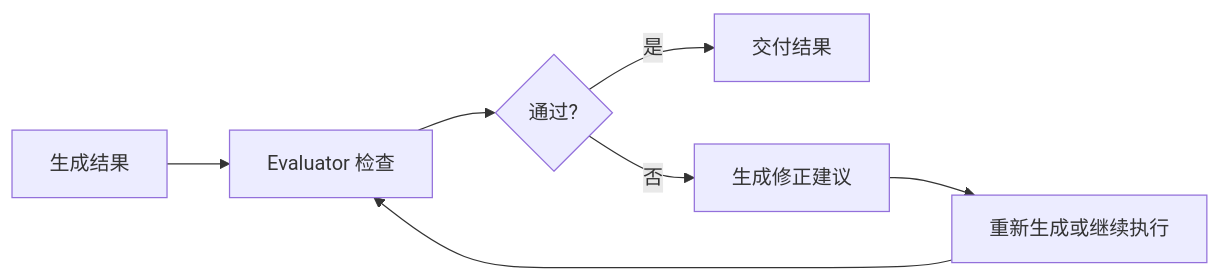
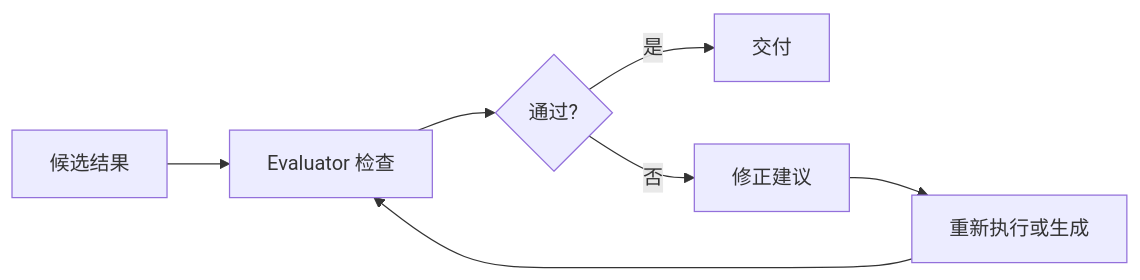
The third of 3 diagrams in docs/AI/Agent Engineering/Agent基础/基础概念.md (Doge2077/liyyro), drawn with Mermaid before and after one commit. The commit also changed other lines of this file, not shown here.

````diff
--- a/docs/AI/Agent Engineering/Agent基础/基础概念.md
+++ b/docs/AI/Agent Engineering/Agent基础/基础概念.md
@@ -713,9 +520,9 @@
 ```mermaid
 flowchart LR
-  A[生成结果] --> B[Evaluator 检查]
+  A[候选结果] --> B[Evaluator 检查]
   B --> C{通过?}
-  C -->|是| D[交付结果]
-  C -->|否| E[生成修正建议]
-  E --> F[重新生成或继续执行]
+  C -->|是| D[交付]
+  C -->|否| E[修正建议]
+  E --> F[重新执行或生成]
   F --> B
 ```
````
